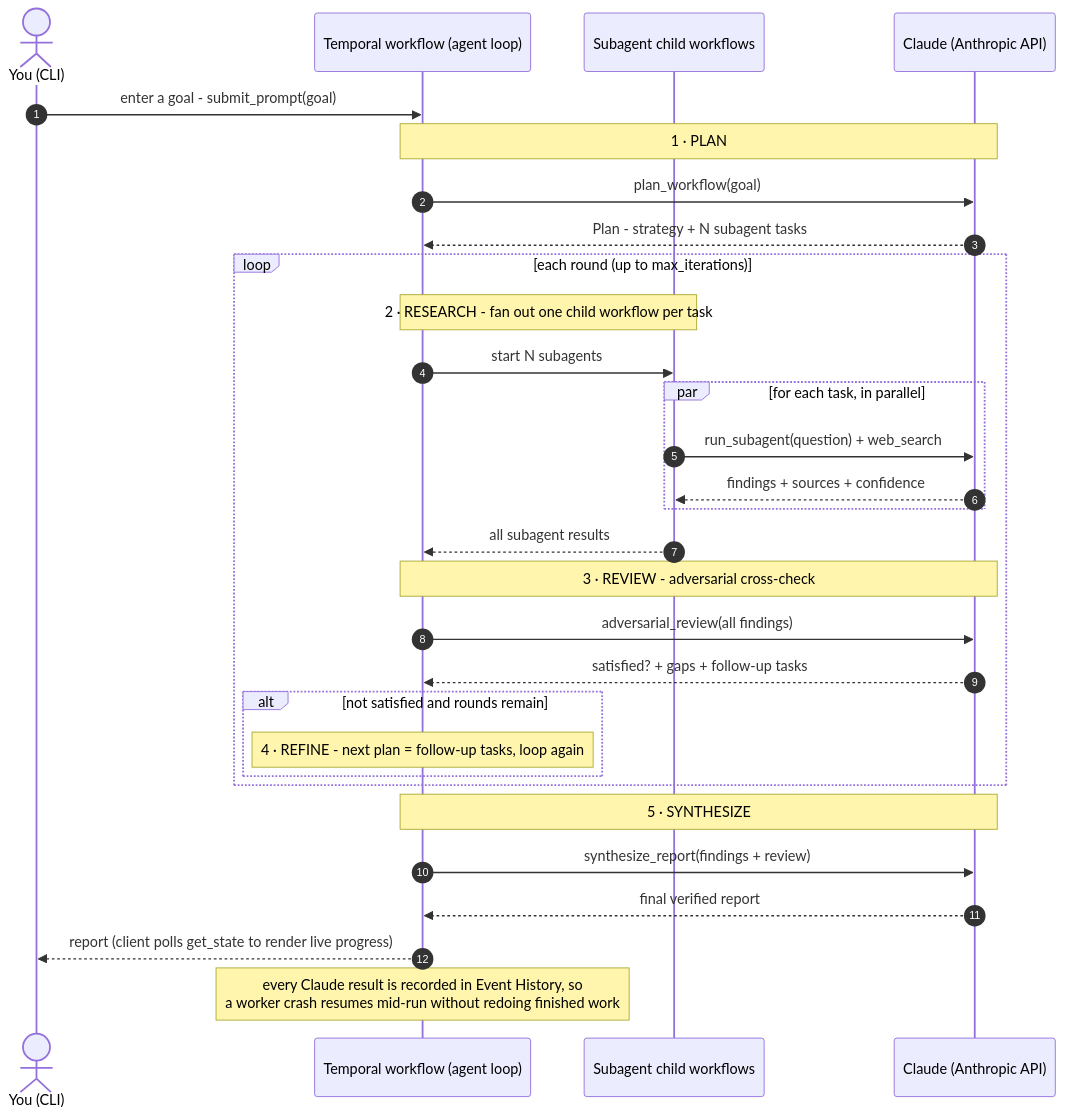
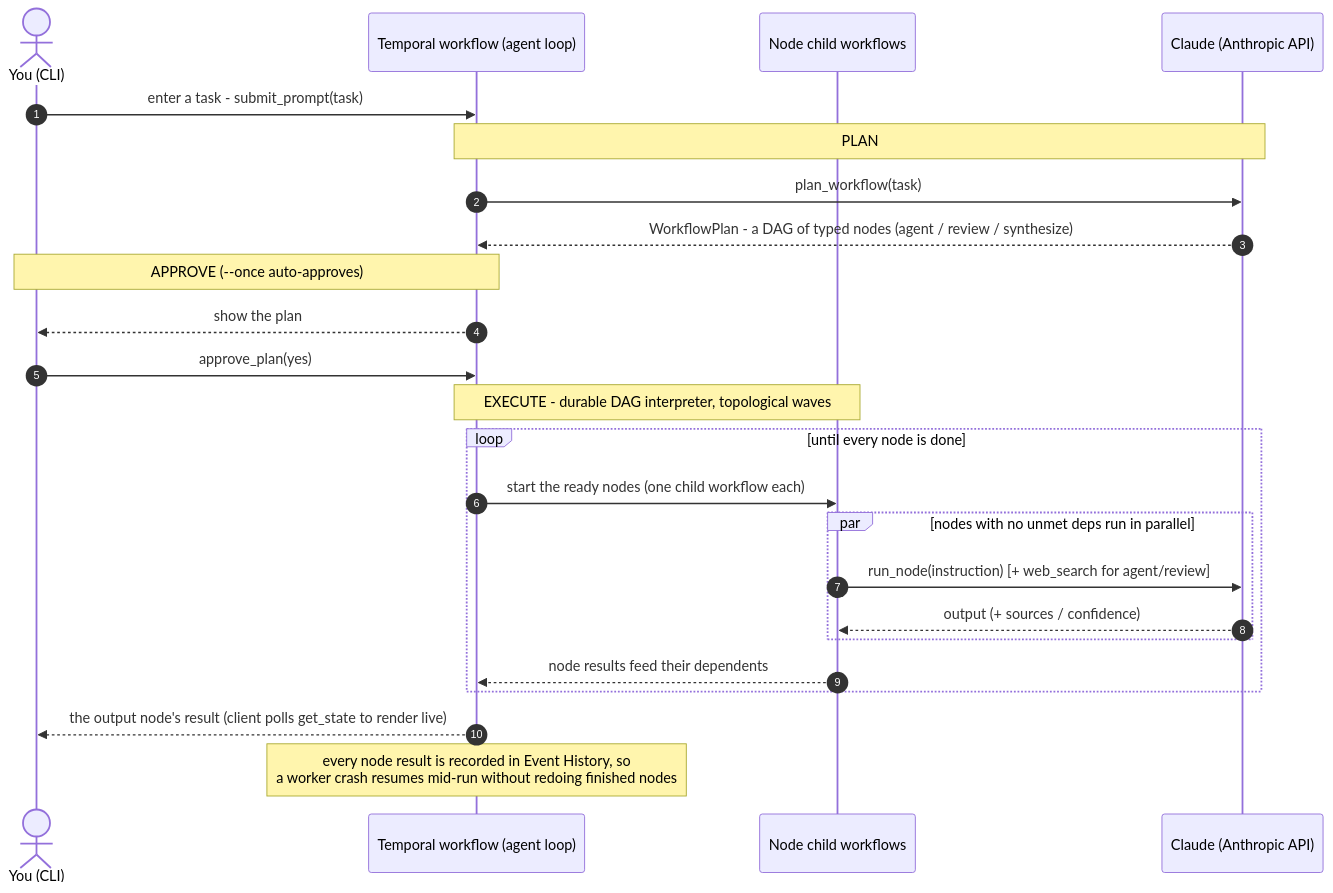
Before and after one commit to temporal-sa/durable-claude-workflows: the diagram in README.md, drawn with Mermaid. The commit also changed other lines of this file and 8 other files, not shown here.

````diff
--- a/README.md
+++ b/README.md
@@ -58,39 +61,31 @@
 ```mermaid
 sequenceDiagram
     autonumber
     actor U as You (CLI)
     participant W as Temporal workflow (agent loop)
-    participant S as Subagent child workflows
+    participant N as Node child workflows
     participant C as Claude (Anthropic API)
 
-    U->>W: enter a goal - submit_prompt(goal)
+    U->>W: enter a task - submit_prompt(task)
 
-    Note over W,C: 1 · PLAN
-    W->>C: plan_workflow(goal)
-    C-->>W: Plan - strategy + N subagent tasks
+    Note over W,C: PLAN
+    W->>C: plan_workflow(task)
+    C-->>W: WorkflowPlan - a DAG of typed nodes (agent / review / synthesize)
 
-    loop each round (up to max_iterations)
-        Note over W,S: 2 · RESEARCH - fan out one child workflow per task
-        W->>S: start N subagents
-        par for each task, in parallel
-            S->>C: run_subagent(question) + web_search
-            C-->>S: findings + sources + confidence
+    Note over U,W: APPROVE  (--once auto-approves)
+    W-->>U: show the plan
+    U->>W: approve_plan(yes)
+
+    Note over W,N: EXECUTE - durable DAG interpreter, topological waves
+    loop until every node is done
+        W->>N: start the ready nodes (one child workflow each)
+        par nodes with no unmet deps run in parallel
+            N->>C: run_node(instruction) [+ web_search for agent/review]
+            C-->>N: output (+ sources / confidence)
         end
-        S-->>W: all subagent results
-
-        Note over W,C: 3 · REVIEW - adversarial cross-check
-        W->>C: adversarial_review(all findings)
-        C-->>W: satisfied? + gaps + follow-up tasks
-
-        alt not satisfied and rounds remain
-            Note over W: 4 · REFINE - next plan = follow-up tasks, loop again
-        end
+        N-->>W: node results feed their dependents
     end
 
-    Note over W,C: 5 · SYNTHESIZE
-    W->>C: synthesize_report(findings + review)
-    C-->>W: final verified report
-    W-->>U: report (client polls get_state to render live progress)
-
-    Note over W: every Claude result is recorded in Event History, so<br/>a worker crash resumes mid-run without redoing finished work
+    W-->>U: the output node's result (client polls get_state to render live)
+    Note over W: every node result is recorded in Event History, so<br/>a worker crash resumes mid-run without redoing finished nodes
 ```
````
